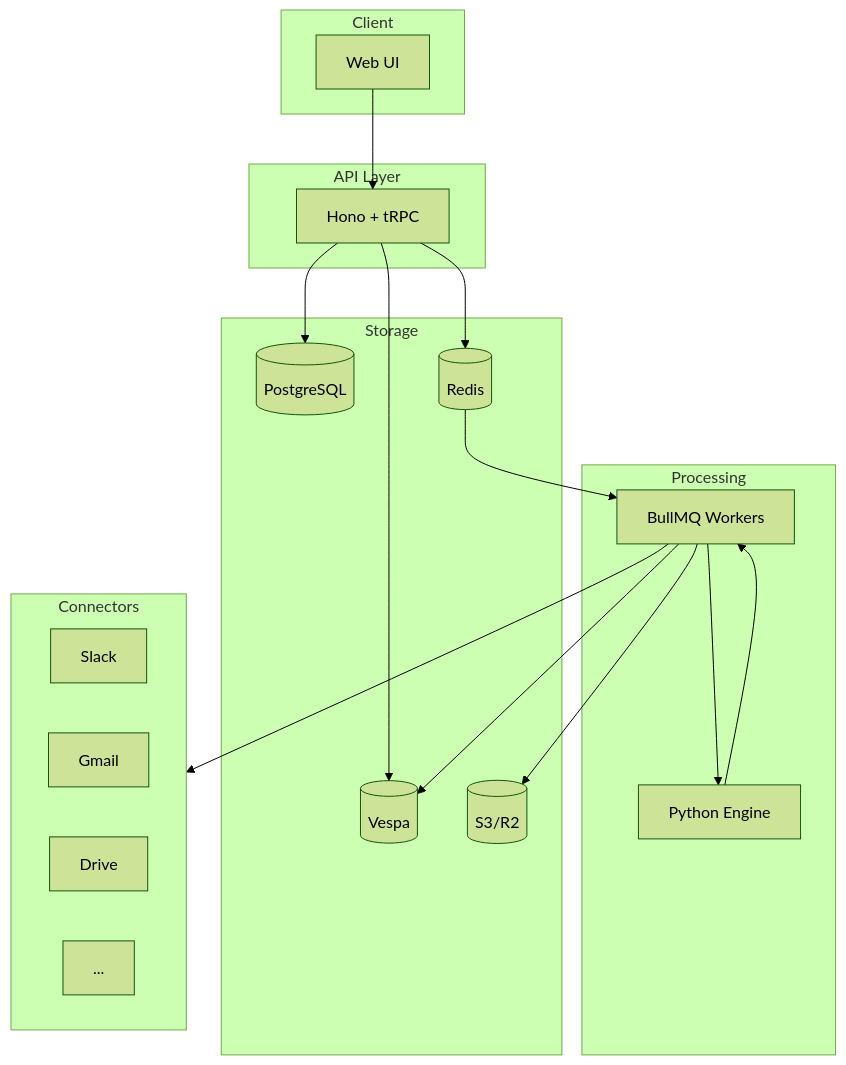
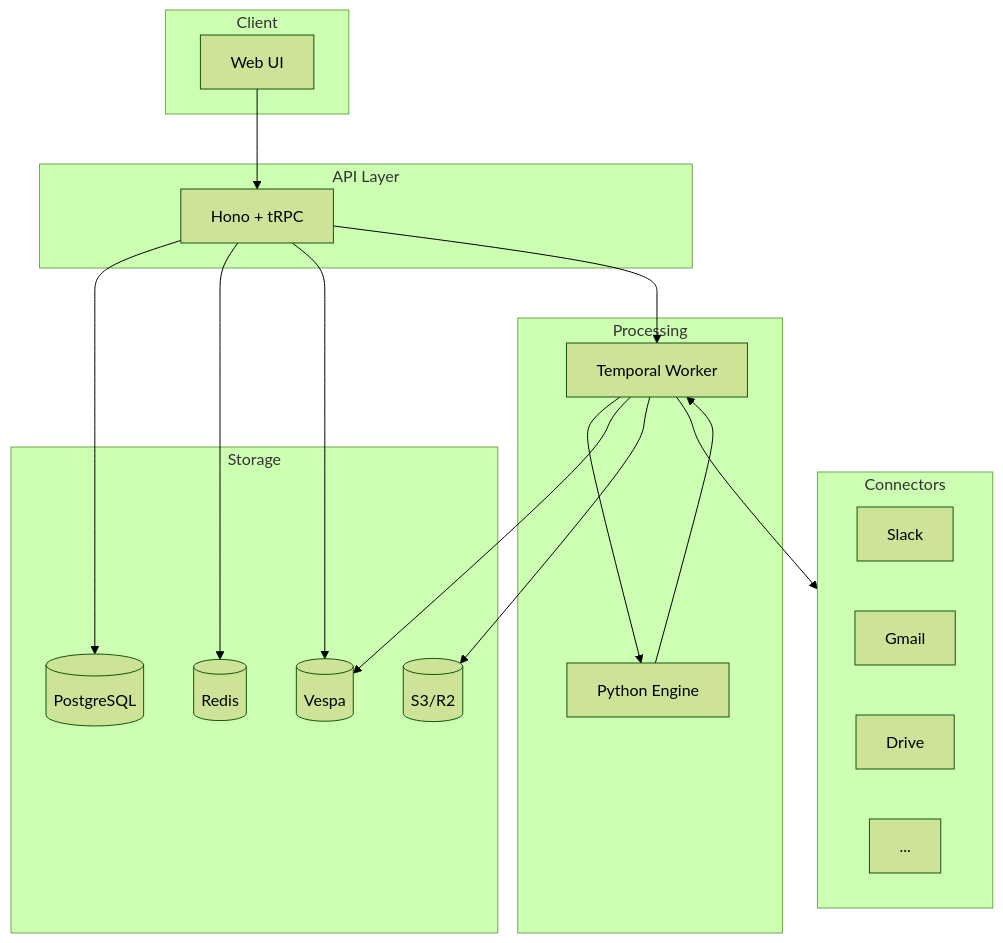
The first of 2 diagrams in apps/docs/content/docs/index.mdx (kuluruvineeth/openbeam), drawn with Mermaid (forest theme) before and after one commit. The commit also changed other lines of this file and 41 other files, not shown here.

Commit message:
docs: Add architecture MDX pages and navigation

````diff
--- a/apps/docs/content/docs/index.mdx
+++ b/apps/docs/content/docs/index.mdx
@@ -12,37 +12,37 @@
 ```mermaid
 flowchart TB
     subgraph Client
         Web[Web UI]
     end
 
     subgraph API["API Layer"]
         Server[Hono + tRPC]
     end
 
     subgraph Processing
-        Worker[BullMQ Workers]
+        Worker[Temporal Worker]
         Engine[Python Engine]
     end
 
     subgraph Storage
         DB[(PostgreSQL)]
         Redis[(Redis)]
         Vespa[(Vespa)]
         S3[(S3/R2)]
     end
 
     subgraph Connectors
         Slack & Gmail & Drive & More[...]
     end
 
     Web --> Server
     Server --> DB
     Server --> Redis
     Server --> Vespa
-    Redis --> Worker
+    Server --> Worker
     Worker --> Engine
     Worker --> Connectors
     Worker --> Vespa
     Worker --> S3
     Engine --> Worker
 ```
````
